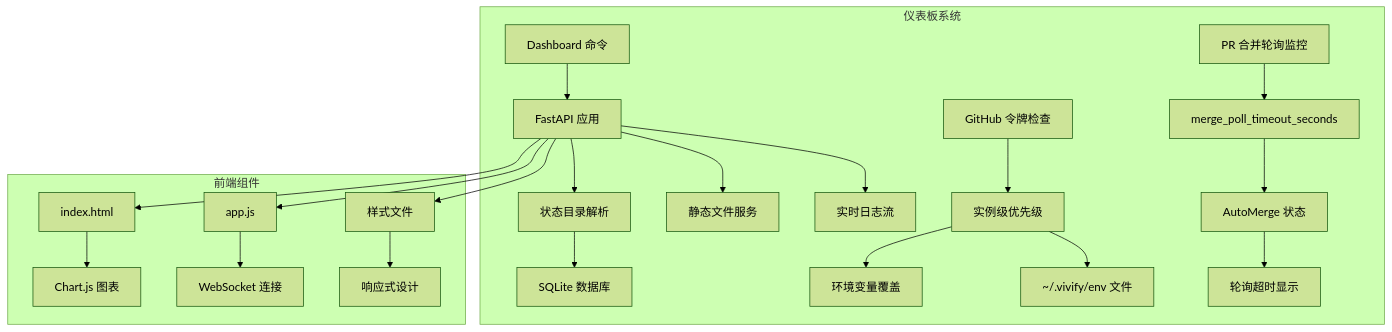
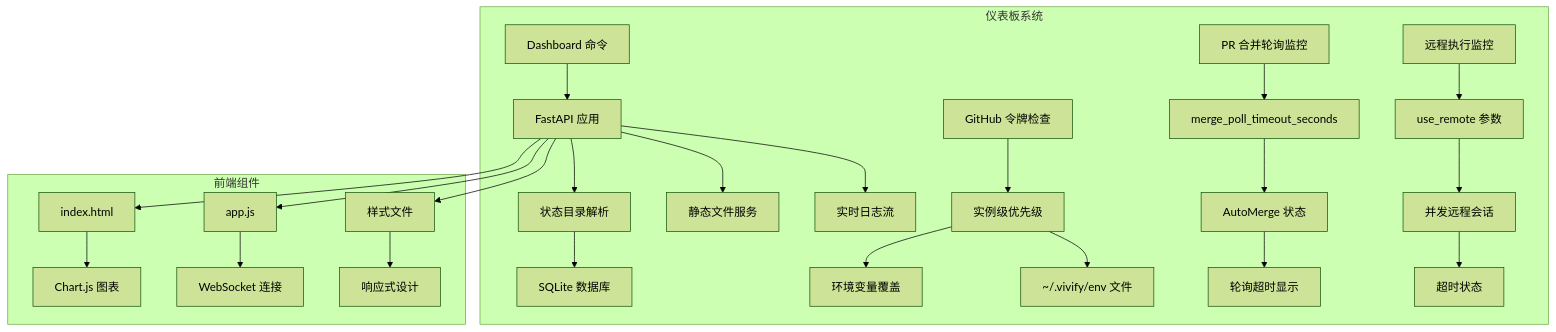
One commit to pinsonchen/vivify changed the seventh of 9 diagrams in .qoder/repowiki/zh/content/技术实现参考/配置文件更新/配置文件更新.md. Above: the diagram before and after it, drawn with Mermaid (forest theme). The commit also changed other lines of this file and 9 other files, not shown here.

````diff
--- a/.qoder/repowiki/zh/content/技术实现参考/配置文件更新/配置文件更新.md
+++ b/.qoder/repowiki/zh/content/技术实现参考/配置文件更新/配置文件更新.md
@@ -571,24 +627,27 @@
 ```mermaid
 graph TB
 subgraph "仪表板系统"
 A[Dashboard 命令] --> B[FastAPI 应用]
 B --> C[状态目录解析]
 C --> D[SQLite 数据库]
 B --> E[静态文件服务]
 B --> F[实时日志流]
 G[GitHub 令牌检查] --> H[实例级优先级]
 H --> I[环境变量覆盖]
 H --> J[~/.vivify/env 文件]
 K[PR 合并轮询监控] --> L[merge_poll_timeout_seconds]
 L --> M[AutoMerge 状态]
 M --> N[轮询超时显示]
+O[远程执行监控] --> P[use_remote 参数]
+P --> Q[并发远程会话]
+Q --> R[超时状态]
 end
 subgraph "前端组件"
-O[index.html] --> P[Chart.js 图表]
-Q[app.js] --> R[WebSocket 连接]
-S[样式文件] --> T[响应式设计]
+S[index.html] --> T[Chart.js 图表]
+U[app.js] --> V[WebSocket 连接]
+W[样式文件] --> X[响应式设计]
 end
-B --> O
-B --> Q
 B --> S
+B --> U
+B --> W
 ```
````
